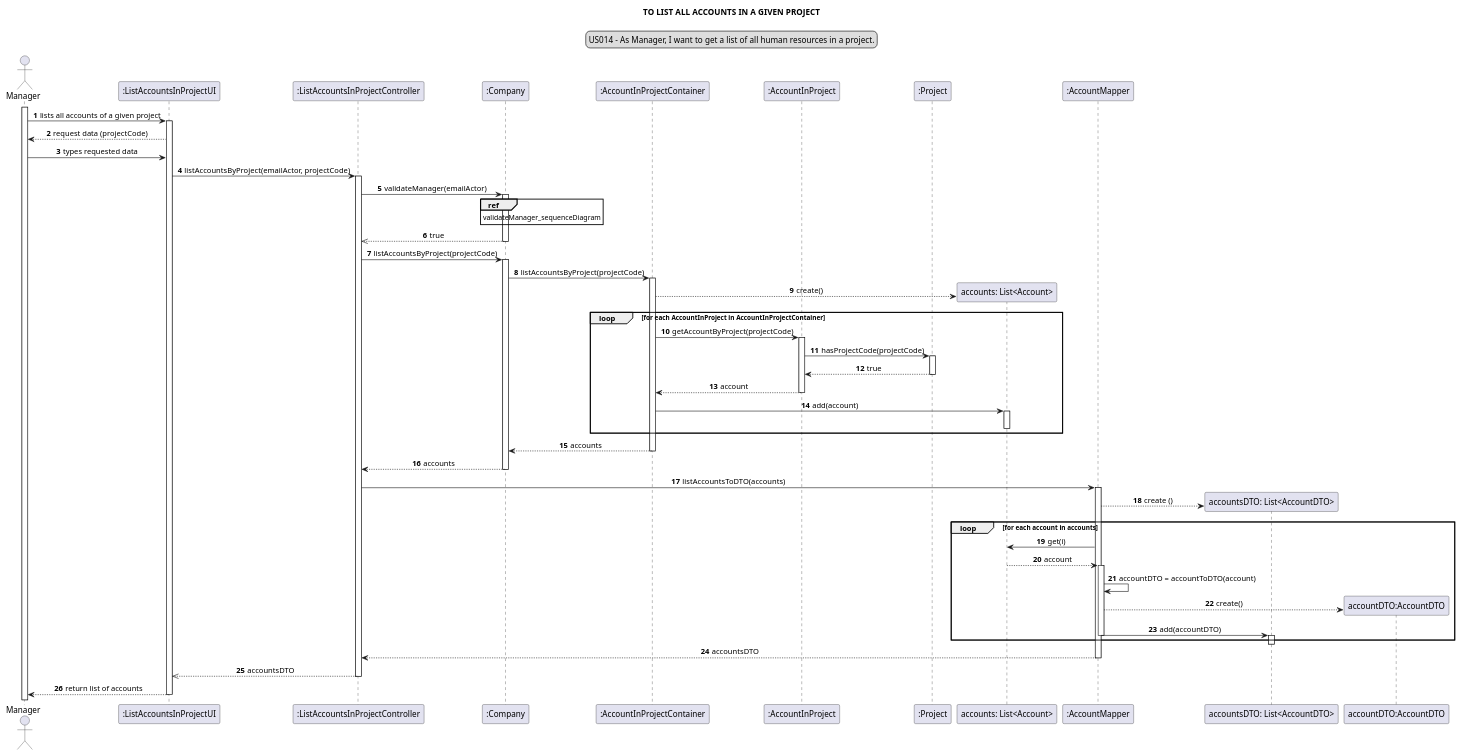
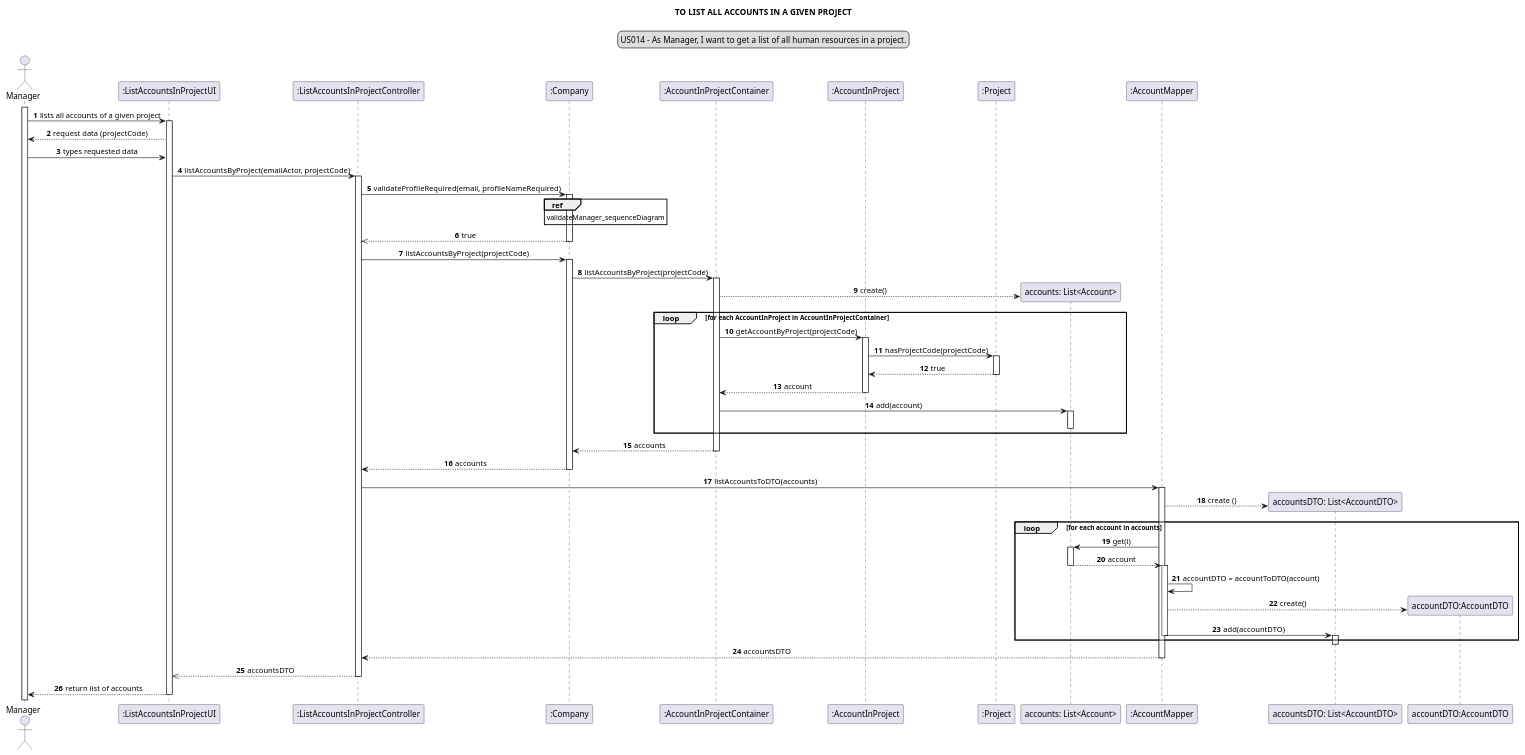
The diagram in docs/modelling_design/user_stories/sprint02/us014/US014_sequenceDiagram.puml (Loracline/project_switch_22-23), drawn with PlantUML before and after one commit.

Commit message:
US014 : Design : refinement of Sequence Diagram

```diff
--- a/docs/modelling_design/user_stories/sprint02/us014/US014_sequenceDiagram.puml
+++ b/docs/modelling_design/user_stories/sprint02/us014/US014_sequenceDiagram.puml
@@ -1,78 +1,80 @@
 @startuml
 skinparam sequenceMessageAlign center
 title TO LIST ALL ACCOUNTS IN A GIVEN PROJECT
 legend top
 US014 - As Manager, I want to get a list of all human resources in a project.
 end legend
 autonumber
 actor Manager
 participant ":ListAccountsInProjectUI" as ui
-participant ":ListAccountsInProjectController" as controller
-participant ":Company" as company
-participant ":AccountInProjectContainer" as aipc
-participant ":AccountInProject" as aip
-participant ":Project" as pr
+participant ":ListAccountsInProjectController" as ct
+participant ":Company" as c
+participant ":AccountInProjectContainer" as cn
+participant ":AccountInProject" as acip
+participant ":Project" as p
 participant "accounts: List<Account>" as list
 participant ":AccountMapper" as mapper
-participant "accountsDTO: List<AccountDTO>" as listDTO
+participant "accountsDTO: List<AccountDTO>" as listacDTO
 participant "accountDTO:AccountDTO" as DTO
 
 
 activate Manager
 Manager -> ui: lists all accounts of a given project
 activate ui
 ui --> Manager: request data (projectCode)
 Manager -> ui: types requested data
-ui -> controller: listAccountsByProject(emailActor, projectCode)
-activate controller
-controller -> company: validateManager(emailActor)
-activate company
-ref over company: validateManager_sequenceDiagram
-company -->> controller: true
-deactivate company
-controller -> company: listAccountsByProject(projectCode)
-activate company
-company -> aipc: listAccountsByProject(projectCode)
-activate aipc
+ui -> ct: listAccountsByProject(emailActor, projectCode)
+activate ct
+ct -> c: validateProfileRequired(email, profileNameRequired)
+activate c
+ref over c: validateManager_sequenceDiagram
+c -->> ct: true
+deactivate c
+ct -> c: listAccountsByProject(projectCode)
+activate c
+c -> cn: listAccountsByProject(projectCode)
+activate cn
 create list
-aipc --> list :create()
+cn --> list :create()
 loop for each AccountInProject in AccountInProjectContainer
-aipc -> aip : getAccountByProject(projectCode)
-activate aip
-aip -> pr : hasProjectCode(projectCode)
-activate pr
-pr --> aip : true
-deactivate pr
-aip --> aipc : account
-deactivate aip
-aipc -> list : add(account)
+cn -> acip : getAccountByProject(projectCode)
+activate acip
+acip -> p : hasProjectCode(projectCode)
+activate p
+p --> acip : true
+deactivate p
+acip --> cn: account
+deactivate acip
+cn -> list : add(account)
 activate list
 deactivate list
 end loop
-aipc --> company : accounts
-deactivate aipc
-company --> controller: accounts
-deactivate company
-controller -> mapper: listAccountsToDTO(accounts)
+cn --> c : accounts
+deactivate cn
+c --> ct: accounts
+deactivate c
+ct -> mapper: listAccountsToDTO(accounts)
 activate mapper
-create listDTO
-mapper --> listDTO: create ()
+create listacDTO
+mapper --> listacDTO: create ()
 loop for each account in accounts
 mapper -> list: get(i)
+activate list
 list --> mapper: account
+deactivate list
 activate mapper
 mapper -> mapper : accountDTO = accountToDTO(account)
 create DTO
 mapper --> DTO : create()
-mapper ->listDTO :add(accountDTO)
+mapper ->listacDTO :add(accountDTO)
 deactivate mapper
-activate listDTO
+activate listacDTO
 end loop
-deactivate listDTO
-mapper --> controller :accountsDTO
+deactivate listacDTO
+mapper --> ct :accountsDTO
 deactivate mapper
-controller -->> ui: accountsDTO
-deactivate controller
+ct -->> ui: accountsDTO
+deactivate ct
 ui --> Manager: return list of accounts
 deactivate ui
 @enduml
```
